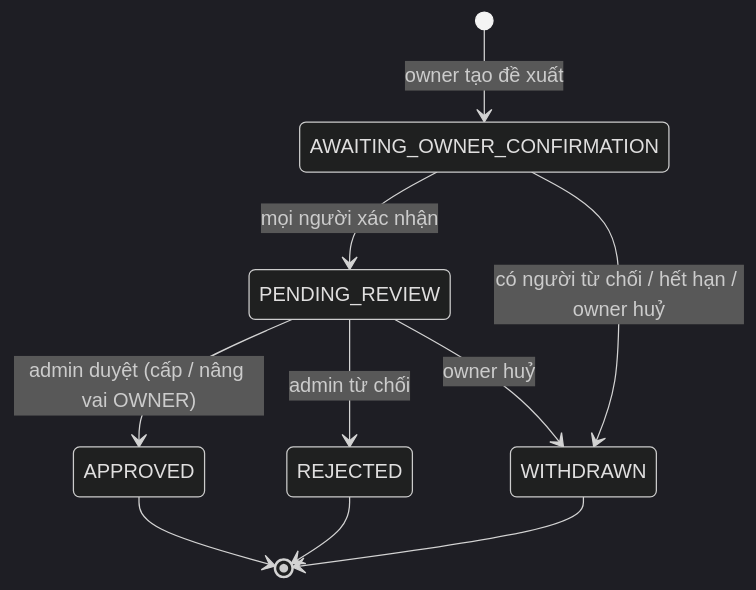
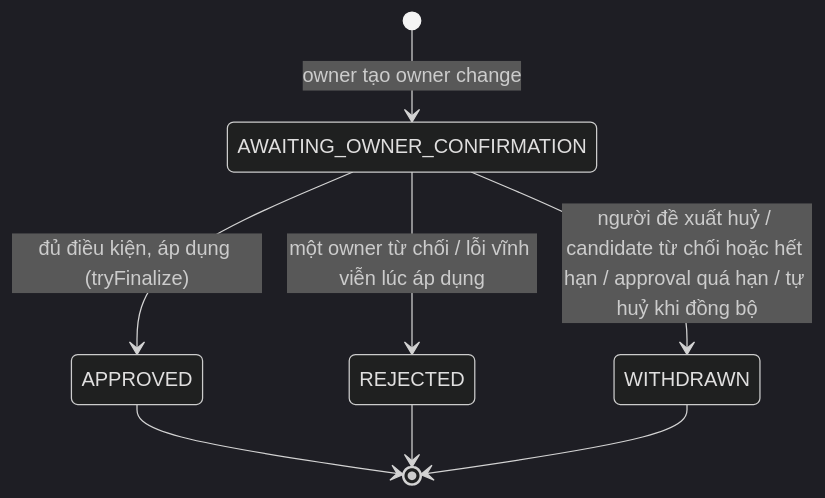
Before and after one commit to DOAN2-UQT-KN/ecolink-docs: the eighth of 13 diagrams in 04-state-machines.md, drawn with Mermaid (dark theme). The commit also changed other lines of this file and 10 other files, not shown here.

Commit message:
docs: phase 3 owner exit flows (revoke, transfer, step down) and in-org ADD_OWNER approval

````diff
--- a/04-state-machines.md
+++ b/04-state-machines.md
@@ -196,12 +196,10 @@
 ```mermaid
 stateDiagram-v2
-  [*] --> AWAITING_OWNER_CONFIRMATION: owner tạo đề xuất
-  AWAITING_OWNER_CONFIRMATION --> PENDING_REVIEW: mọi người xác nhận
-  AWAITING_OWNER_CONFIRMATION --> WITHDRAWN: có người từ chối / hết hạn / owner huỷ
-  PENDING_REVIEW --> APPROVED: admin duyệt (cấp / nâng vai OWNER)
-  PENDING_REVIEW --> REJECTED: admin từ chối
-  PENDING_REVIEW --> WITHDRAWN: owner huỷ
+  [*] --> AWAITING_OWNER_CONFIRMATION: owner tạo owner change
+  AWAITING_OWNER_CONFIRMATION --> APPROVED: đủ điều kiện, áp dụng (tryFinalize)
+  AWAITING_OWNER_CONFIRMATION --> REJECTED: một owner từ chối / lỗi vĩnh viễn lúc áp dụng
+  AWAITING_OWNER_CONFIRMATION --> WITHDRAWN: người đề xuất huỷ / candidate từ chối hoặc hết hạn / approval quá hạn / tự huỷ khi đồng bộ
   APPROVED --> [*]
   REJECTED --> [*]
   WITHDRAWN --> [*]
 ```
````
